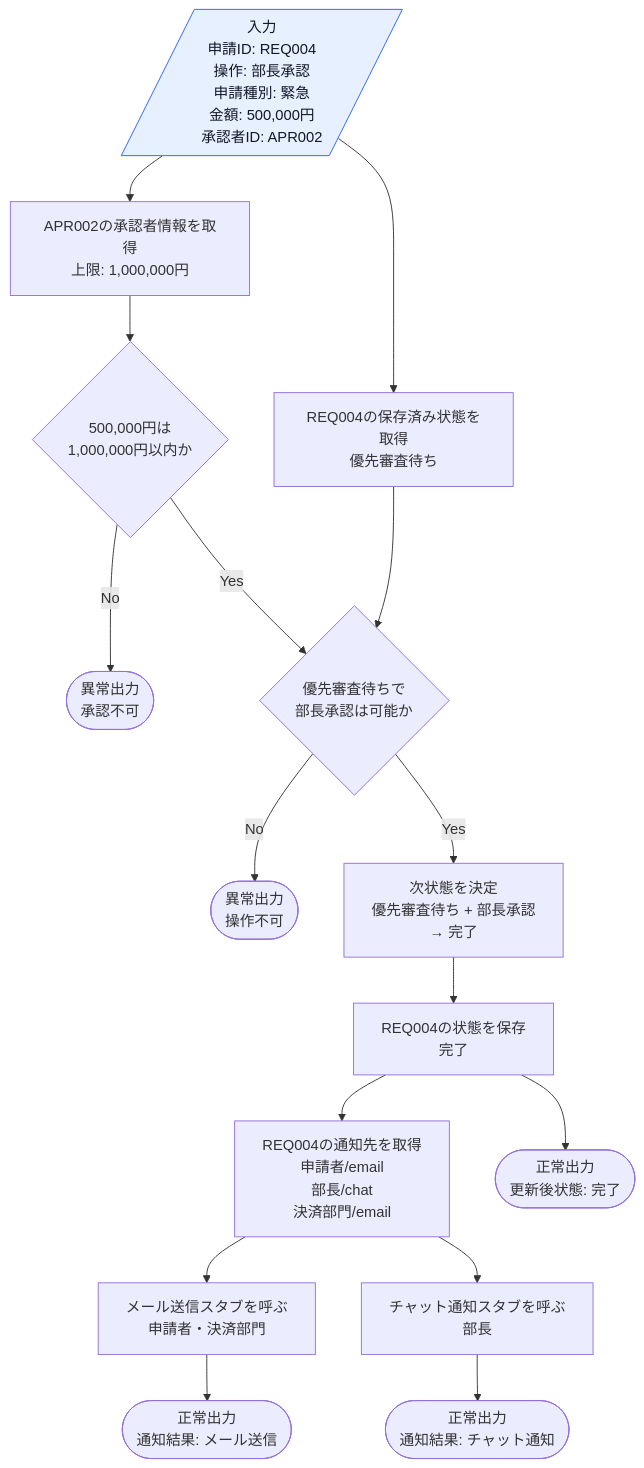
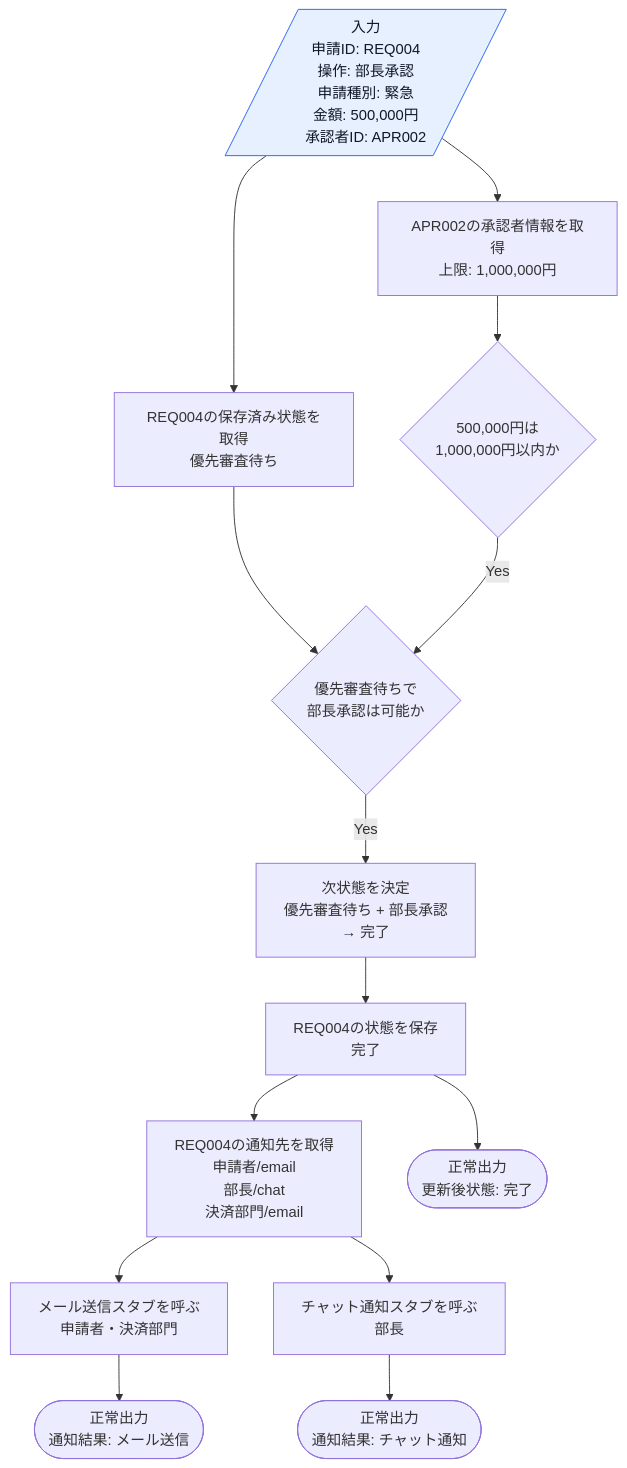
The eighth of 14 diagrams in kindle/design-patterns/output/chapter12.md (kumachan1101-pixel/DesignPattern), drawn with Mermaid before and after one commit. The commit also changed other lines of this file and 4 other files, not shown here.

Commit message:
fix: 第12章の仕様図を正常系中心に整理

````diff
--- a/kindle/design-patterns/output/chapter12.md
+++ b/kindle/design-patterns/output/chapter12.md
@@ -471,25 +523,23 @@
 ```mermaid
 flowchart TD
     A[/入力<br>申請ID: REQ004<br>操作: 部長承認<br>申請種別: 緊急<br>金額: 500,000円<br>承認者ID: APR002/]:::input
     A --> B[REQ004の保存済み状態を取得<br>優先審査待ち]
     A --> C[APR002の承認者情報を取得<br>上限: 1,000,000円]
     C --> D{500,000円は<br>1,000,000円以内か}
-    D -->|No| X([異常出力<br>承認不可])
     B --> E{優先審査待ちで<br>部長承認は可能か}
     D -->|Yes| E
-    E -->|No| Y([異常出力<br>操作不可])
     E -->|Yes| F[次状態を決定<br>優先審査待ち + 部長承認<br>→ 完了]
     F --> G[REQ004の状態を保存<br>完了]
     G --> H[REQ004の通知先を取得<br>申請者/email<br>部長/chat<br>決済部門/email]
     H --> I[メール送信スタブを呼ぶ<br>申請者・決済部門]
     H --> J[チャット通知スタブを呼ぶ<br>部長]
     G --> K([正常出力<br>更新後状態: 完了])
     I --> L([正常出力<br>通知結果: メール送信])
     J --> M([正常出力<br>通知結果: チャット通知])
 
     classDef input fill:#e7f0ff,stroke:#2563eb,color:#111827;
     classDef process fill:#fff7ed,stroke:#ea580c,color:#111827;
     classDef decision fill:#fef9c3,stroke:#ca8a04,color:#111827;
     classDef normal fill:#dcfce7,stroke:#16a34a,color:#111827;
     classDef error fill:#fee2e2,stroke:#dc2626,color:#111827;
 ```
````
